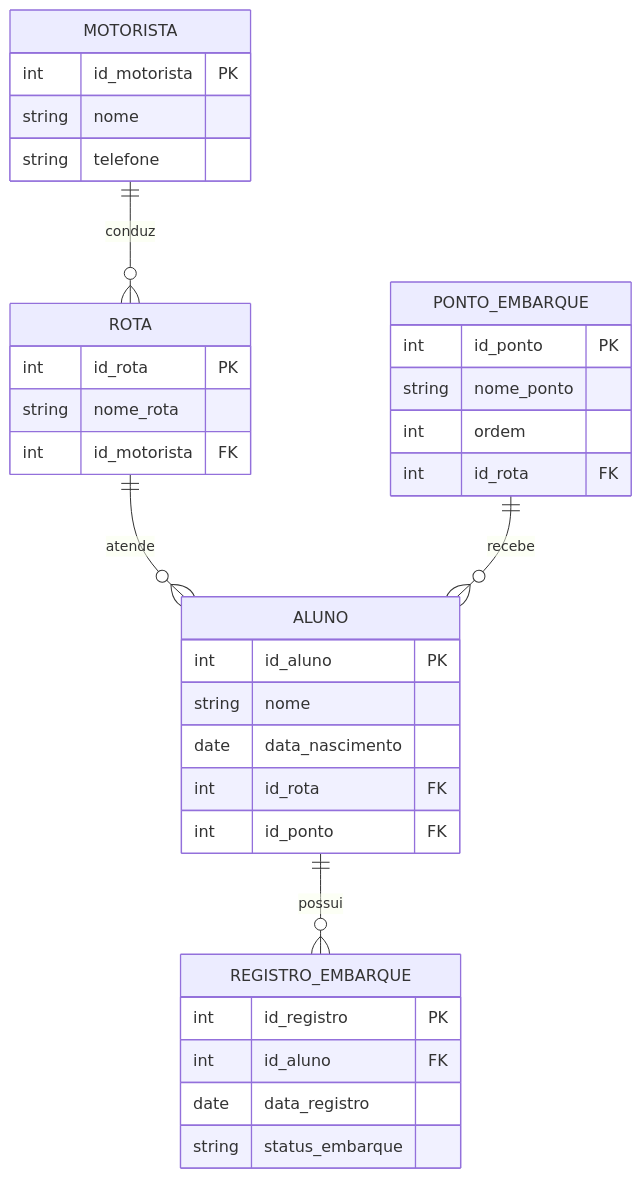
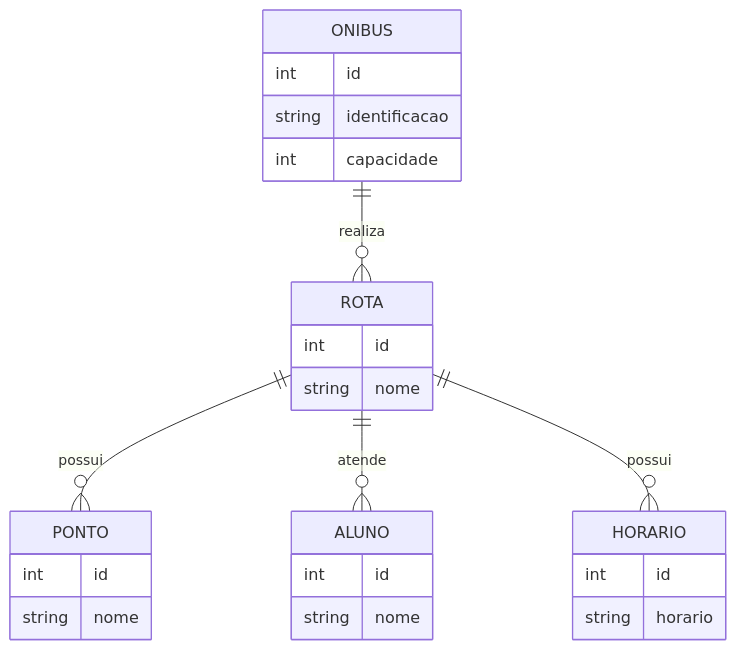
The second of 2 diagrams in README.md (acucena15/Teste_repo_01), drawn with Mermaid before and after one commit. The commit also changed other lines of this file, not shown here.

First line of the commit message:
Revise README with flowcharts and ER diagrams

````diff
--- a/README.md
+++ b/README.md
@@ -50,41 +17,33 @@
 ```mermaid
 erDiagram
-    MOTORISTA ||--o{ ROTA : conduz
+    ONIBUS ||--o{ ROTA : realiza
+    ROTA ||--o{ PONTO : possui
     ROTA ||--o{ ALUNO : atende
-    PONTO_EMBARQUE ||--o{ ALUNO : recebe
-    ALUNO ||--o{ REGISTRO_EMBARQUE : possui
+    ROTA ||--o{ HORARIO : possui
 
-    MOTORISTA {
-        int id_motorista PK
-        string nome
-        string telefone
+    ONIBUS {
+        int id
+        string identificacao
+        int capacidade
     }
 
     ROTA {
-        int id_rota PK
-        string nome_rota
-        int id_motorista FK
+        int id
+        string nome
     }
 
-    PONTO_EMBARQUE {
-        int id_ponto PK
-        string nome_ponto
-        int ordem
-        int id_rota FK
+    PONTO {
+        int id
+        string nome
     }
 
     ALUNO {
-        int id_aluno PK
+        int id
         string nome
-        date data_nascimento
-        int id_rota FK
-        int id_ponto FK
     }
 
-    REGISTRO_EMBARQUE {
-        int id_registro PK
-        int id_aluno FK
-        date data_registro
-        string status_embarque
+    HORARIO {
+        int id
+        string horario
     }
 ```
````
